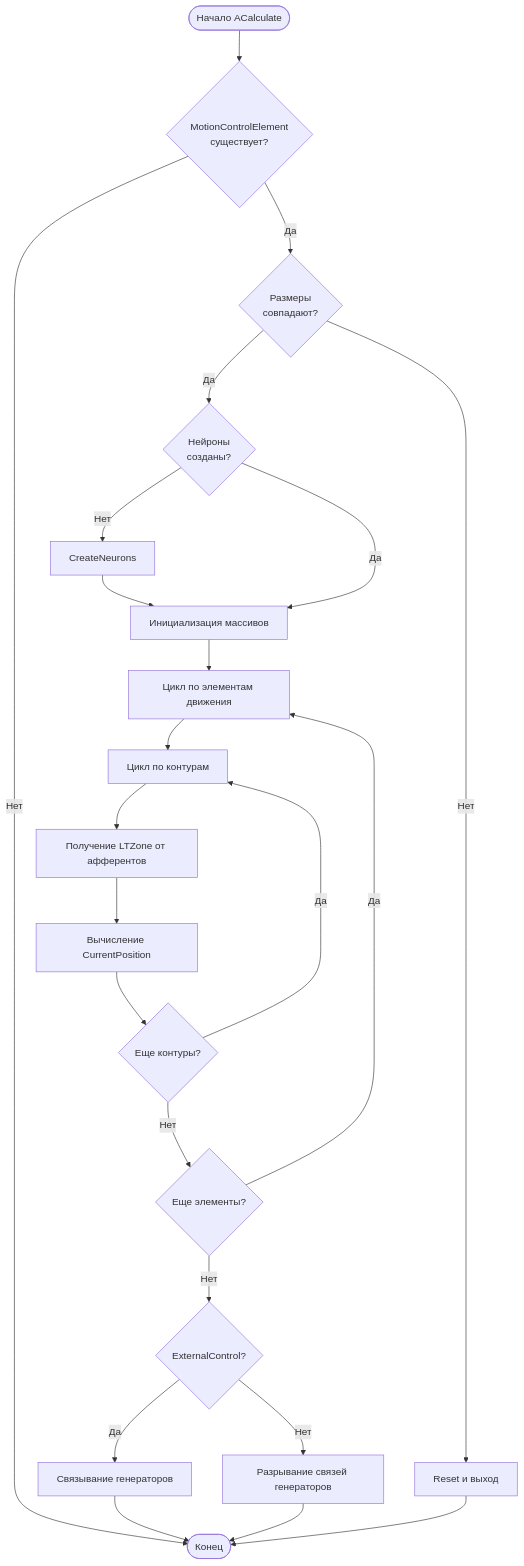
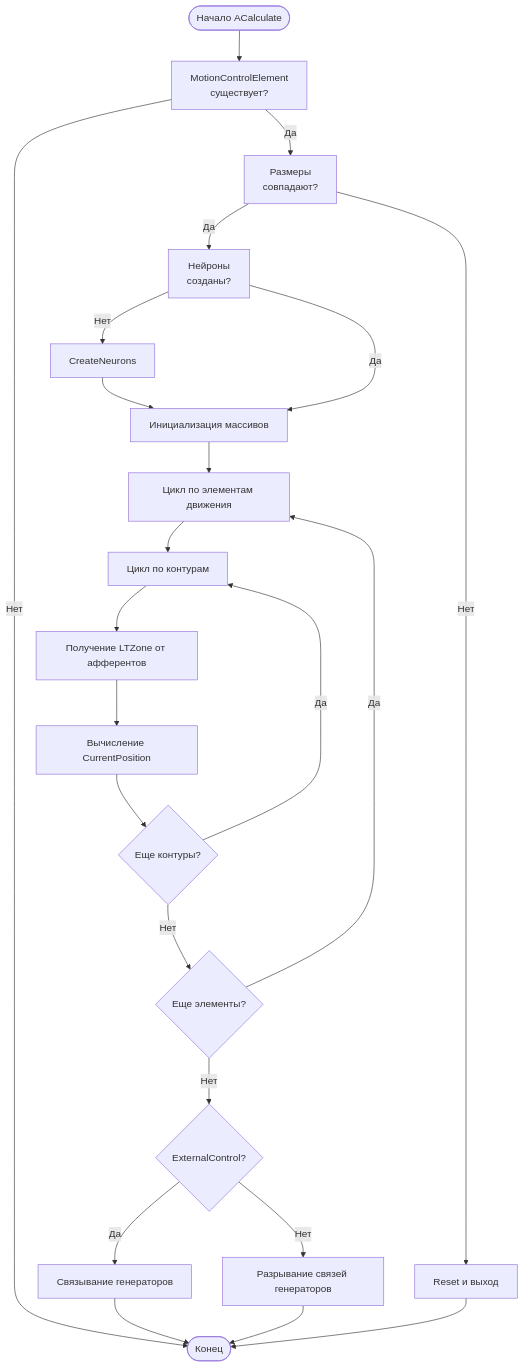
Before and after one commit to aicommunity/Nmsdk-MotionControlLib: the fourth of 5 diagrams in Docs/Components/NPCN.md, drawn with Mermaid. The commit also changed other lines of this file and 39 other files, not shown here.

First line of the commit message:
docs(motion): normalize mermaid node ids with quoted labels

````diff
--- a/Docs/Components/NPCN.md
+++ b/Docs/Components/NPCN.md
@@ -97,25 +97,25 @@
 ```mermaid
 flowchart TD
-    Start([Начало ACalculate]) --> CheckEngine{MotionControlElement<br/>существует?}
+    Start([Начало ACalculate]) --> CheckEngine["MotionControlElement<br/>существует?"]
     CheckEngine -->|Нет| End([Конец])
-    CheckEngine -->|Да| CheckSize{Размеры<br/>совпадают?}
+    CheckEngine -->|Да| CheckSize["Размеры<br/>совпадают?"]
     CheckSize -->|Нет| Reset[Reset и выход]
-    CheckSize -->|Да| CheckNeurons{Нейроны<br/>созданы?}
+    CheckSize -->|Да| CheckNeurons["Нейроны<br/>созданы?"]
     CheckNeurons -->|Нет| CreateNeurons[CreateNeurons]
     CreateNeurons --> InitArrays[Инициализация массивов]
     CheckNeurons -->|Да| InitArrays
     InitArrays --> LoopMotions[Цикл по элементам движения]
     LoopMotions --> LoopLoops[Цикл по контурам]
     LoopLoops --> GetLTZone[Получение LTZone от афферентов]
     GetLTZone --> CalcPosition[Вычисление CurrentPosition]
     CalcPosition --> NextLoop{Еще контуры?}
     NextLoop -->|Да| LoopLoops
     NextLoop -->|Нет| NextMotion{Еще элементы?}
     NextMotion -->|Да| LoopMotions
     NextMotion -->|Нет| CheckExternal{ExternalControl?}
     CheckExternal -->|Да| LinkGenerators[Связывание генераторов]
     CheckExternal -->|Нет| UnlinkGenerators[Разрывание связей генераторов]
     LinkGenerators --> End
     UnlinkGenerators --> End
     Reset --> End
 ```
````
